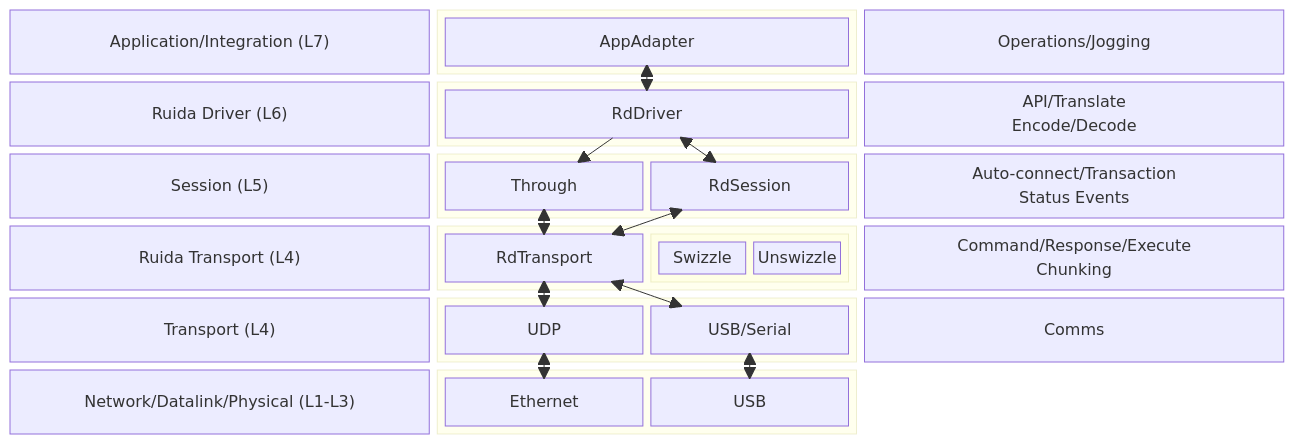
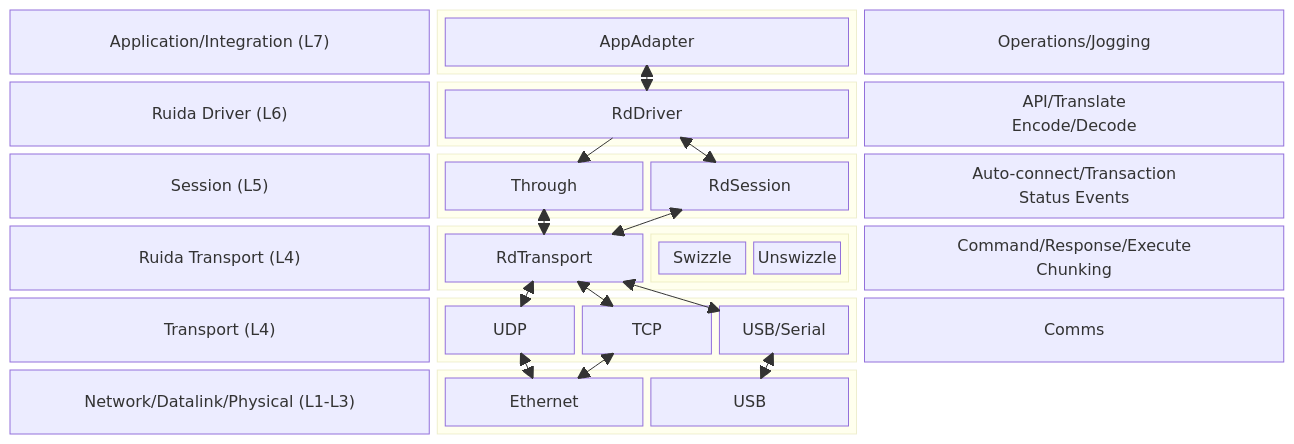
Before and after one commit to StevenIsaacs/ruida-pa: the first of 3 diagrams in docs/designs/RuidaDriver-design.md, drawn with Mermaid. The commit also changed other lines of this file and 1 other file, not shown here.

Commit message:
enhancement: Updated RuidaDriver-design.md for TCP and BUSY consistency — TCP transport/reassembly (raw byte-stream TcpTransport, L4 _wait_for_stream_data, ACK_PENDING for UDP/TCP, is_tcp), and the BUSY status/handshake events and state transitions

````diff
--- a/docs/designs/RuidaDriver-design.md
+++ b/docs/designs/RuidaDriver-design.md
@@ -24,54 +24,57 @@
 ```mermaid
 block-beta
 columns 3
     l7["Application/Integration (L7)"]
     block:a
         app["AppAdapter"]
     end
     Operations/Jogging
 
     l6["Ruida Driver (L6)"]
     block:p
         drv["RdDriver"]
     end
     api["API/Translate\nEncode/Decode"]
     app <--> drv
 	
     l5["Session (L5)"]
     block:sess
         thr["Through"]
         ses["RdSession"]
     end
     drv --> thr
     drv <--> ses
     coding["Auto-connect/Transaction\nStatus Events"]
 
     rdp_t["Ruida Transport (L4)"]
     block:rdp
         rdt["RdTransport"]
         block:cod
             enc["Swizzle"]
             dec["Unswizzle"]
         end
     end
     cmd["Command/Response/Execute\nChunking"]
     ses <--> rdt
     thr <--> rdt
 
     l4["Transport (L4)"]
     block:trans
         udp["UDP"]
+        tcp["TCP"]
         ser["USB/Serial"]
     end
 	
     Comms
     rdt <--> udp
+    rdt <--> tcp
     rdt <--> ser
     l3["Network/Datalink/Physical (L1-L3)"]
     block:phy
         Ethernet
         USB
     end
     udp <--> Ethernet
+    tcp <--> Ethernet
     ser <--> USB
 ```
````
